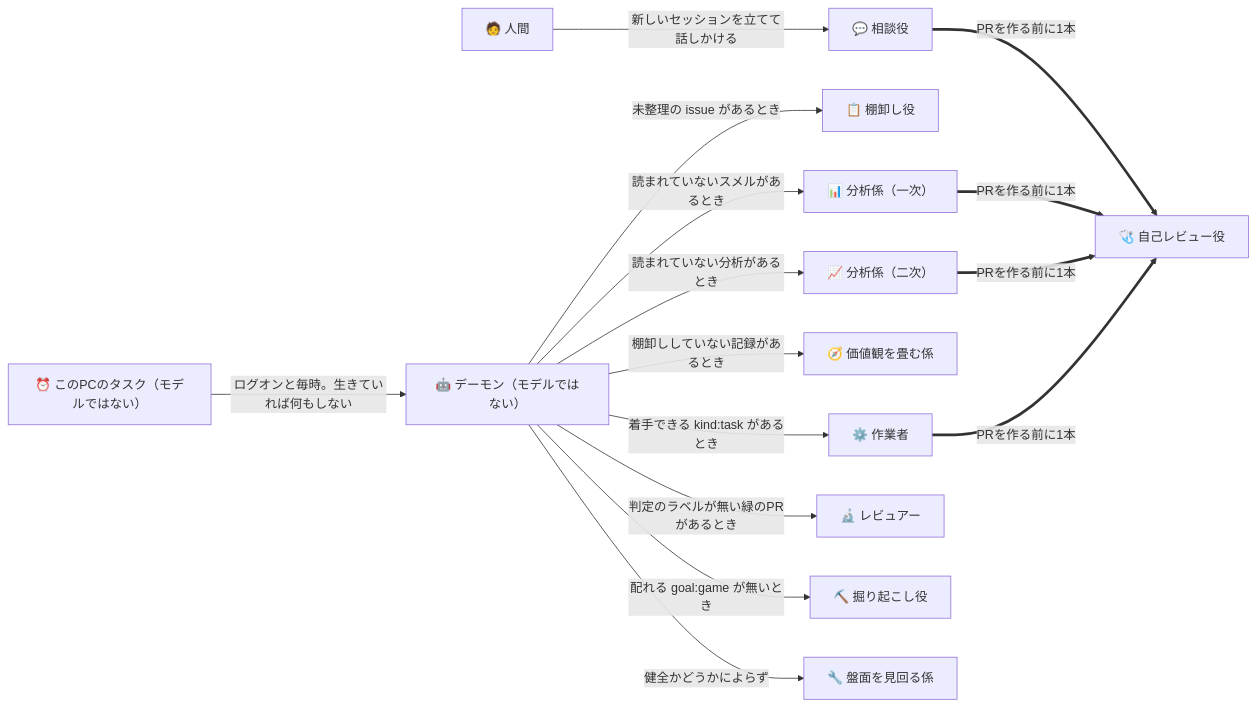
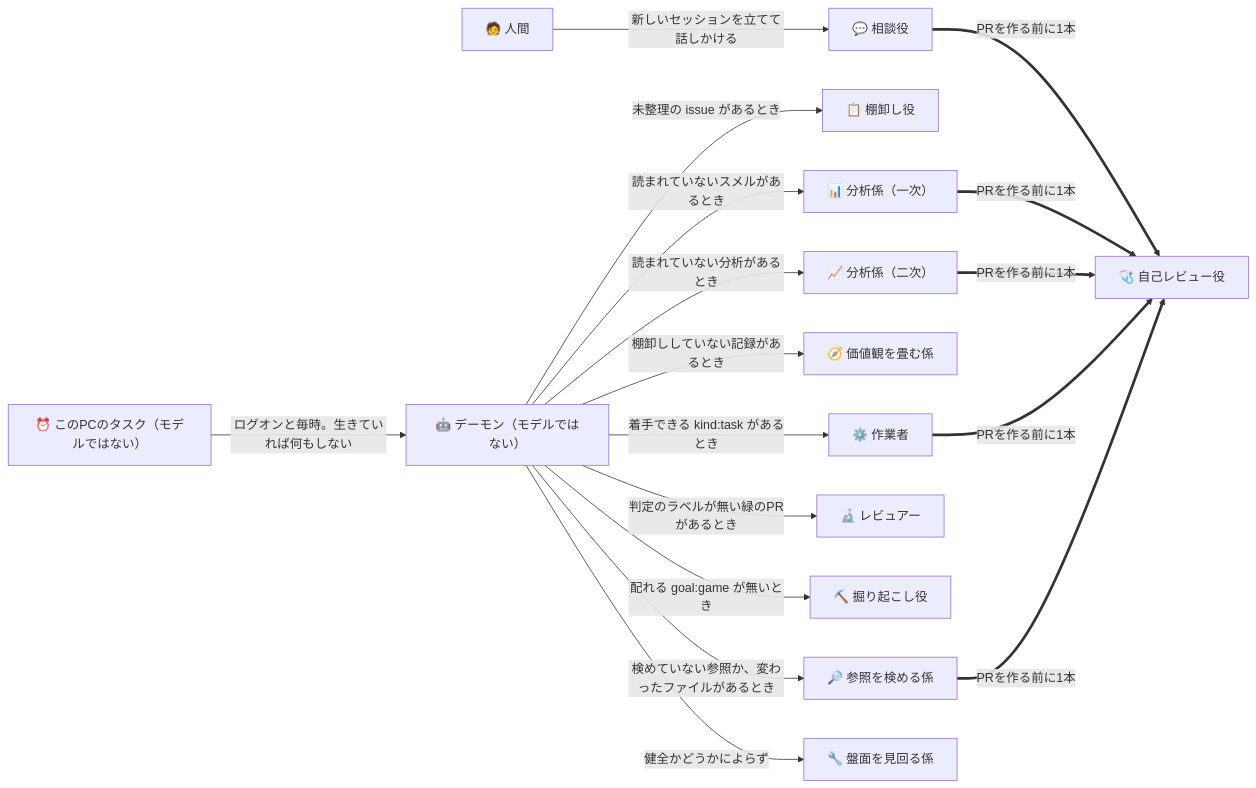
One commit to gooyyu1/UnmappedIsland changed the first of 5 diagrams in docs/ParallelAgents.md. Above: the diagram before and after it, drawn with Mermaid. The commit also changed other lines of this file and 18 other files, not shown here.

````diff
--- a/docs/ParallelAgents.md
+++ b/docs/ParallelAgents.md
@@ -29,31 +29,34 @@
 ```mermaid
 flowchart LR
     Human["🧑 人間"]
     Task["⏰ このPCのタスク（モデルではない）"]
     Daemon["🤖 デーモン（モデルではない）"]
     Adviser["💬 相談役"]
     Triage["📋 棚卸し役"]
     Analysis["📊 分析係（一次）"]
     Trend["📈 分析係（二次）"]
     Policy["🧭 価値観を畳む係"]
     Reviewer["🔬 レビュアー"]
     Worker["⚙️ 作業者"]
     SelfReview["🩺 自己レビュー役"]
     Digger["⛏️ 掘り起こし役"]
+    RefAudit["🔎 参照を検める係"]
     Patrol["🔧 盤面を見回る係"]
 
     Human -->|"新しいセッションを立てて話しかける"| Adviser
     Task -->|"ログオンと毎時。生きていれば何もしない"| Daemon
     Daemon -->|"未整理の issue があるとき"| Triage
     Daemon -->|"読まれていないスメルがあるとき"| Analysis
     Daemon -->|"読まれていない分析があるとき"| Trend
     Daemon -->|"棚卸ししていない記録があるとき"| Policy
     Daemon -->|"着手できる kind:task があるとき"| Worker
     Daemon -->|"判定のラベルが無い緑のPRがあるとき"| Reviewer
     Daemon -->|"配れる goal:game が無いとき"| Digger
+    Daemon -->|"検めていない参照か、変わったファイルがあるとき"| RefAudit
     Daemon -->|"健全かどうかによらず"| Patrol
     Worker ==>|"PRを作る前に1本"| SelfReview
     Analysis ==>|"PRを作る前に1本"| SelfReview
     Trend ==>|"PRを作る前に1本"| SelfReview
+    RefAudit ==>|"PRを作る前に1本"| SelfReview
     Adviser ==>|"PRを作る前に1本"| SelfReview
 ```
````
